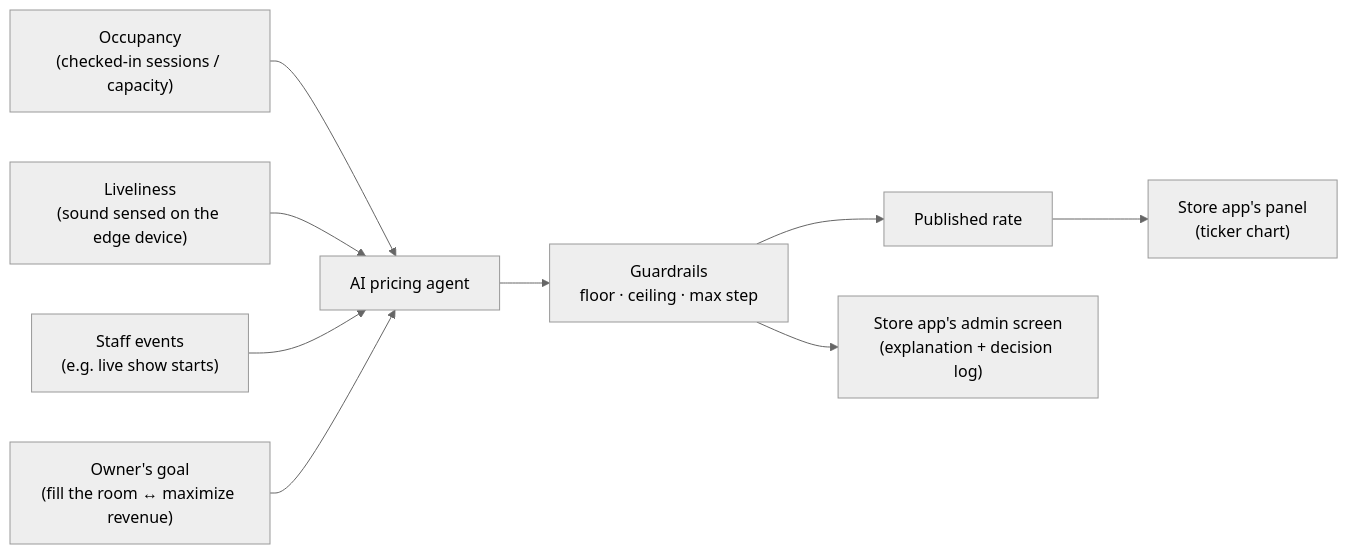
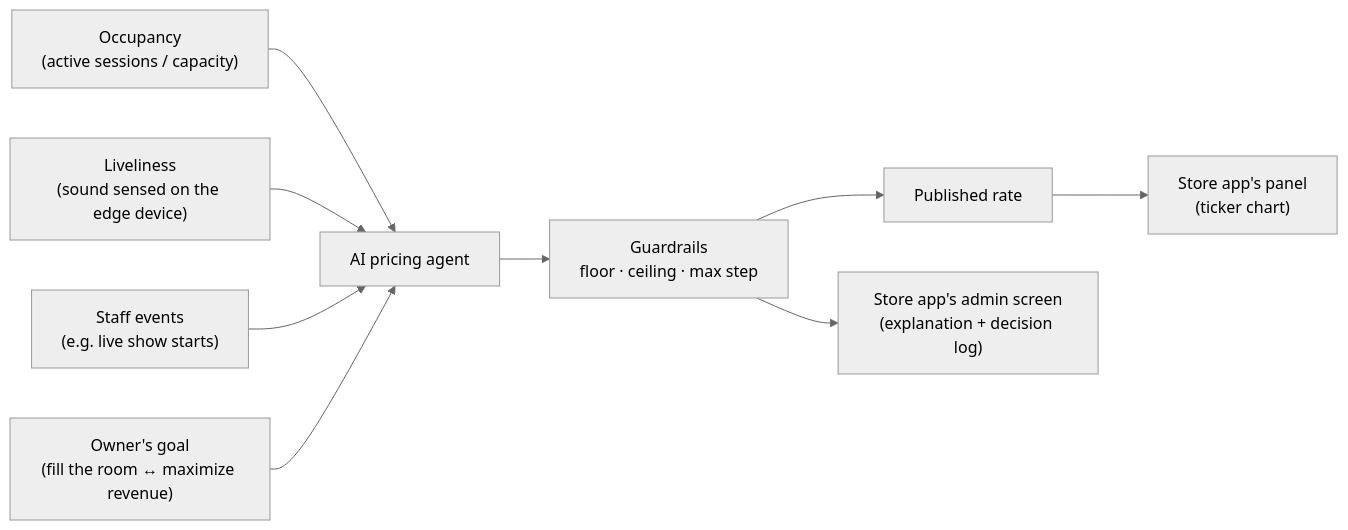
One commit to sumiredc/barpay changed the second of 4 diagrams in docs/PRD.md. Above: the diagram before and after it, drawn with Mermaid (neutral theme). The commit also changed other lines of this file and 5 other files, not shown here.

First line of the commit message:
Compute occupancy from the active sessions only

````diff
--- a/docs/PRD.md
+++ b/docs/PRD.md
@@ -95,11 +95,11 @@
 ```mermaid
 flowchart LR
-  S1["Occupancy<br/>(checked-in sessions / capacity)"] --> AI
+  S1["Occupancy<br/>(active sessions / capacity)"] --> AI
   S2["Liveliness<br/>(sound sensed on the edge device)"] --> AI
   S4["Staff events<br/>(e.g. live show starts)"] --> AI
   Goal["Owner's goal<br/>(fill the room ↔ maximize revenue)"] --> AI
   AI["AI pricing agent"] --> G["Guardrails<br/>floor · ceiling · max step"]
   G --> P["Published rate"]
   P --> C["Store app's panel<br/>(ticker chart)"]
   G --> D["Store app's admin screen<br/>(explanation + decision log)"]
 ```
````
